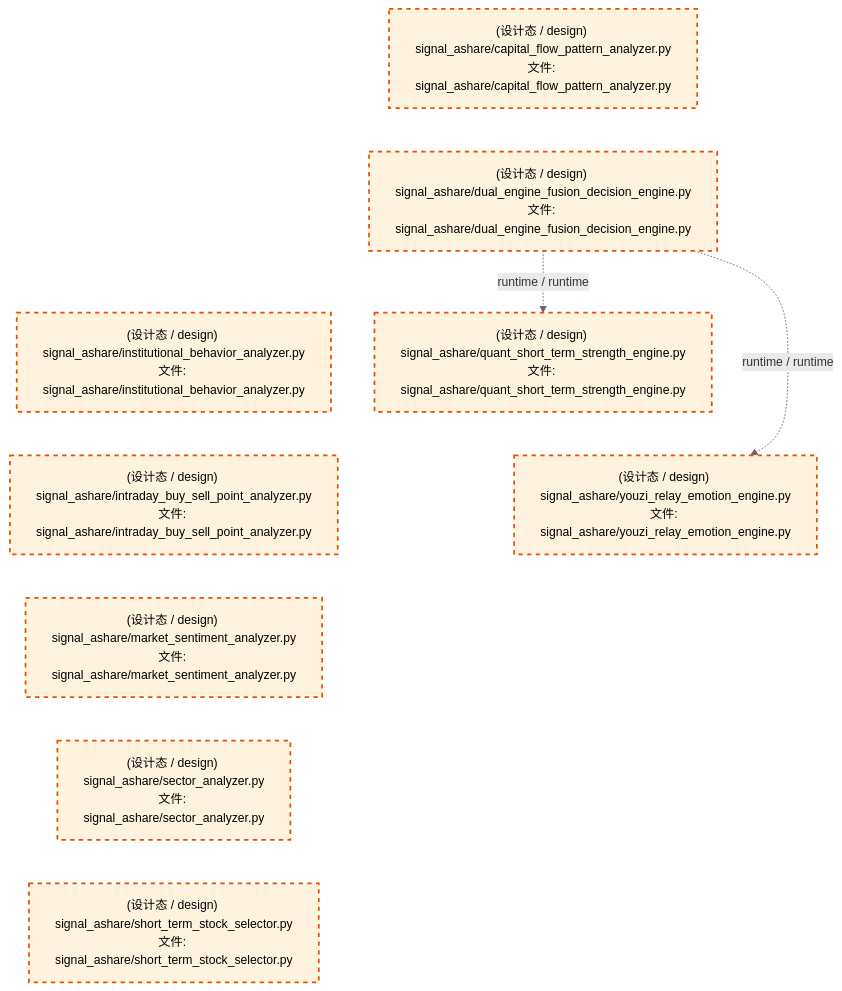
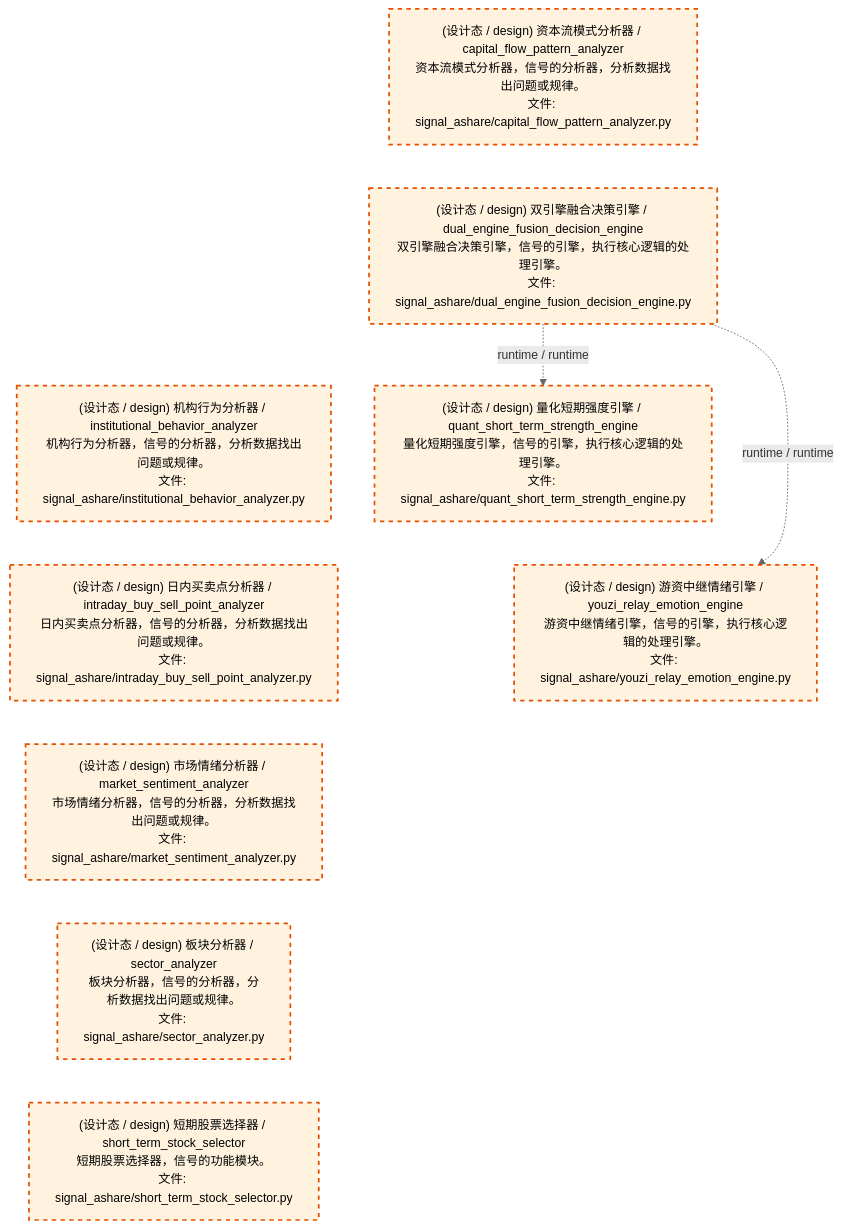
Before and after one commit to xuanFelixVan/ZephyrAlpha: the third of 4 diagrams in docs/02_enterprise_architecture/02_domain_architecture_docs/32_d_ashare_signal.md, drawn with Mermaid. The commit also changed other lines of this file and 60 other files, not shown here.

````diff
--- a/docs/02_enterprise_architecture/02_domain_architecture_docs/32_d_ashare_signal.md
+++ b/docs/02_enterprise_architecture/02_domain_architecture_docs/32_d_ashare_signal.md
@@ -130,27 +130,27 @@
 ```mermaid
 %%{init: {'theme': 'base', 'themeVariables': {'primaryColor': '#eaeaea', 'primaryTextColor': '#333333', 'primaryBorderColor': '#666666', 'lineColor': '#666666', 'secondaryColor': '#eaeaea', 'tertiaryColor': '#eaeaea', 'fontSize': '14px'}}}%%
 flowchart TD
-    src_zephyr_signal_ashare_capital_flow_pattern_analyzer_py["(设计态 / design) signal_ashare/capital_flow_pattern_analyzer.py<br/>文件: signal_ashare/capital_flow_pattern_analyzer.py"]
-    src_zephyr_signal_ashare_dual_engine_fusion_decision_engine_py["(设计态 / design) signal_ashare/dual_engine_fusion_decision_engine.py<br/>文件: signal_ashare/dual_engine_fusion_decision_engine.py"]
-    src_zephyr_signal_ashare_institutional_behavior_analyzer_py["(设计态 / design) signal_ashare/institutional_behavior_analyzer.py<br/>文件: signal_ashare/institutional_behavior_analyzer.py"]
-    src_zephyr_signal_ashare_intraday_buy_sell_point_analyzer_py["(设计态 / design) signal_ashare/intraday_buy_sell_point_analyzer.py<br/>文件: signal_ashare/intraday_buy_sell_point_analyzer.py"]
-    src_zephyr_signal_ashare_market_sentiment_analyzer_py["(设计态 / design) signal_ashare/market_sentiment_analyzer.py<br/>文件: signal_ashare/market_sentiment_analyzer.py"]
-    src_zephyr_signal_ashare_sector_analyzer_py["(设计态 / design) signal_ashare/sector_analyzer.py<br/>文件: signal_ashare/sector_analyzer.py"]
-    src_zephyr_signal_ashare_short_term_stock_selector_py["(设计态 / design) signal_ashare/short_term_stock_selector.py<br/>文件: signal_ashare/short_term_stock_selector.py"]
+    src_zephyr_signal_ashare_capital_flow_pattern_analyzer_py["(设计态 / design) 资本流模式分析器 / capital_flow_pattern_analyzer<br/>资本流模式分析器，信号的分析器，分析数据找出问题或规律。<br/>文件: signal_ashare/capital_flow_pattern_analyzer.py"]
+    src_zephyr_signal_ashare_dual_engine_fusion_decision_engine_py["(设计态 / design) 双引擎融合决策引擎 / dual_engine_fusion_decision_engine<br/>双引擎融合决策引擎，信号的引擎，执行核心逻辑的处理引擎。<br/>文件: signal_ashare/dual_engine_fusion_decision_engine.py"]
+    src_zephyr_signal_ashare_institutional_behavior_analyzer_py["(设计态 / design) 机构行为分析器 / institutional_behavior_analyzer<br/>机构行为分析器，信号的分析器，分析数据找出问题或规律。<br/>文件: signal_ashare/institutional_behavior_analyzer.py"]
+    src_zephyr_signal_ashare_intraday_buy_sell_point_analyzer_py["(设计态 / design) 日内买卖点分析器 / intraday_buy_sell_point_analyzer<br/>日内买卖点分析器，信号的分析器，分析数据找出问题或规律。<br/>文件: signal_ashare/intraday_buy_sell_point_analyzer.py"]
+    src_zephyr_signal_ashare_market_sentiment_analyzer_py["(设计态 / design) 市场情绪分析器 / market_sentiment_analyzer<br/>市场情绪分析器，信号的分析器，分析数据找出问题或规律。<br/>文件: signal_ashare/market_sentiment_analyzer.py"]
+    src_zephyr_signal_ashare_sector_analyzer_py["(设计态 / design) 板块分析器 / sector_analyzer<br/>板块分析器，信号的分析器，分析数据找出问题或规律。<br/>文件: signal_ashare/sector_analyzer.py"]
+    src_zephyr_signal_ashare_short_term_stock_selector_py["(设计态 / design) 短期股票选择器 / short_term_stock_selector<br/>短期股票选择器，信号的功能模块。<br/>文件: signal_ashare/short_term_stock_selector.py"]
     src_zephyr_signal_ashare_capital_flow_pattern_analyzer_py ~~~ src_zephyr_signal_ashare_dual_engine_fusion_decision_engine_py
     src_zephyr_signal_ashare_dual_engine_fusion_decision_engine_py ~~~ src_zephyr_signal_ashare_institutional_behavior_analyzer_py
     src_zephyr_signal_ashare_institutional_behavior_analyzer_py ~~~ src_zephyr_signal_ashare_intraday_buy_sell_point_analyzer_py
     src_zephyr_signal_ashare_intraday_buy_sell_point_analyzer_py ~~~ src_zephyr_signal_ashare_market_sentiment_analyzer_py
     src_zephyr_signal_ashare_market_sentiment_analyzer_py ~~~ src_zephyr_signal_ashare_sector_analyzer_py
     src_zephyr_signal_ashare_sector_analyzer_py ~~~ src_zephyr_signal_ashare_short_term_stock_selector_py
-    src_zephyr_signal_ashare_quant_short_term_strength_engine_py["(设计态 / design) signal_ashare/quant_short_term_strength_engine.py<br/>文件: signal_ashare/quant_short_term_strength_engine.py"]
-    src_zephyr_signal_ashare_youzi_relay_emotion_engine_py["(设计态 / design) signal_ashare/youzi_relay_emotion_engine.py<br/>文件: signal_ashare/youzi_relay_emotion_engine.py"]
+    src_zephyr_signal_ashare_quant_short_term_strength_engine_py["(设计态 / design) 量化短期强度引擎 / quant_short_term_strength_engine<br/>量化短期强度引擎，信号的引擎，执行核心逻辑的处理引擎。<br/>文件: signal_ashare/quant_short_term_strength_engine.py"]
+    src_zephyr_signal_ashare_youzi_relay_emotion_engine_py["(设计态 / design) 游资中继情绪引擎 / youzi_relay_emotion_engine<br/>游资中继情绪引擎，信号的引擎，执行核心逻辑的处理引擎。<br/>文件: signal_ashare/youzi_relay_emotion_engine.py"]
     src_zephyr_signal_ashare_quant_short_term_strength_engine_py ~~~ src_zephyr_signal_ashare_youzi_relay_emotion_engine_py
     src_zephyr_signal_ashare_dual_engine_fusion_decision_engine_py -.->|runtime / runtime| src_zephyr_signal_ashare_youzi_relay_emotion_engine_py
     src_zephyr_signal_ashare_dual_engine_fusion_decision_engine_py -.->|runtime / runtime| src_zephyr_signal_ashare_quant_short_term_strength_engine_py
     classDef production fill:#e1f5fe,stroke:#01579b,stroke-width:2px,color:#000
     classDef design fill:#fff3e0,stroke:#e65100,stroke-width:2px,color:#000,stroke-dasharray: 5 5
     classDef external_prod fill:#e8f4fd,stroke:#0277bd,stroke-width:1px,color:#000
     classDef external_design fill:#fff8e7,stroke:#ef6c00,stroke-width:1px,color:#000,stroke-dasharray: 5 5
     class src_zephyr_signal_ashare_capital_flow_pattern_analyzer_py,src_zephyr_signal_ashare_dual_engine_fusion_decision_engine_py,src_zephyr_signal_ashare_institutional_behavior_analyzer_py,src_zephyr_signal_ashare_intraday_buy_sell_point_analyzer_py,src_zephyr_signal_ashare_market_sentiment_analyzer_py,src_zephyr_signal_ashare_quant_short_term_strength_engine_py,src_zephyr_signal_ashare_sector_analyzer_py,src_zephyr_signal_ashare_short_term_stock_selector_py,src_zephyr_signal_ashare_youzi_relay_emotion_engine_py design
 ```
````
